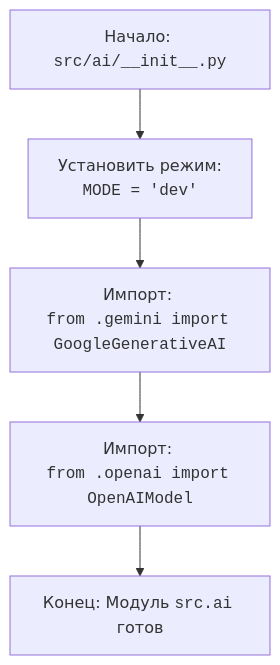
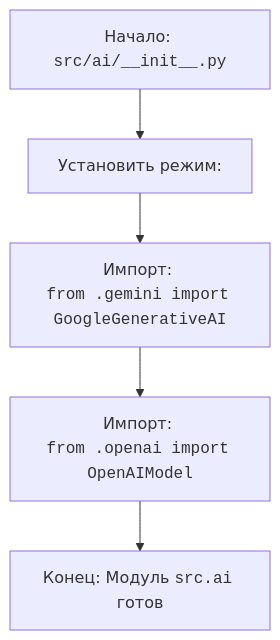
Before and after one commit to hypo69/hypo: the diagram in docs/gemini/ru/explainer/src/ai/__init__.py.md, drawn with Mermaid. The commit also changed other lines of this file and 6031 other files, not shown here.

````diff
--- a/docs/gemini/ru/explainer/src/ai/__init__.py.md
+++ b/docs/gemini/ru/explainer/src/ai/__init__.py.md
@@ -15,7 +15,7 @@
 ```mermaid
 flowchart TD
-    Start[Начало: <code>src/ai/__init__.py</code>] --> SetMode[Установить режим: <br> <code>MODE = 'dev'</code>];
+    Start[Начало: <code>src/ai/__init__.py</code>] --> SetMode[Установить режим: <br> <code></code>];
     SetMode --> ImportGemini[Импорт: <br> <code>from .gemini import GoogleGenerativeAI</code>];
     ImportGemini --> ImportOpenAI[Импорт: <br> <code>from .openai import OpenAIModel</code>];
     ImportOpenAI --> End[Конец: Модуль <code>src.ai</code> готов];
 ```
````
